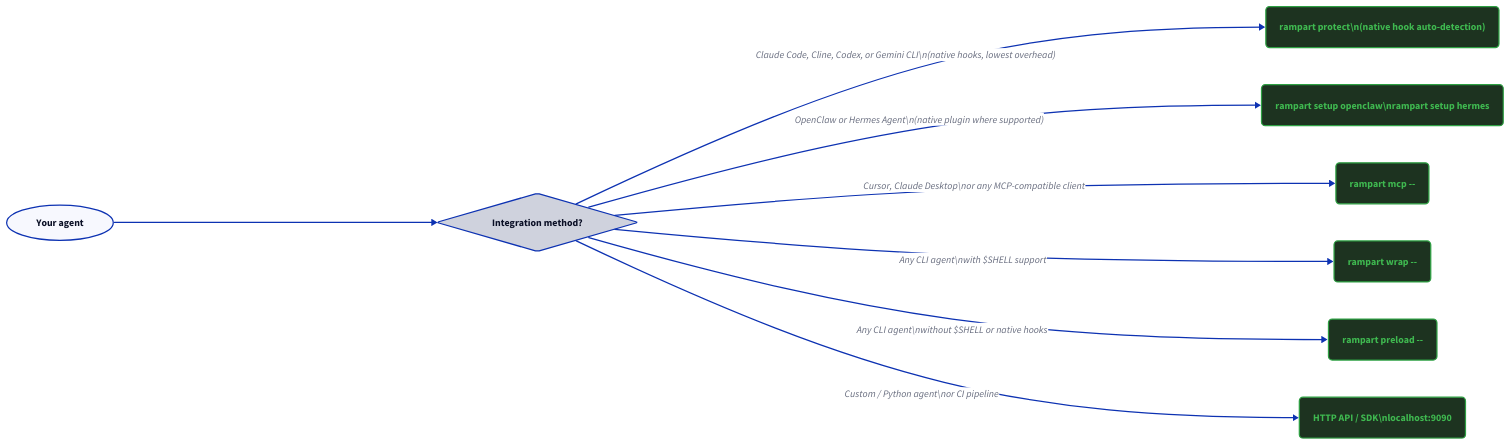
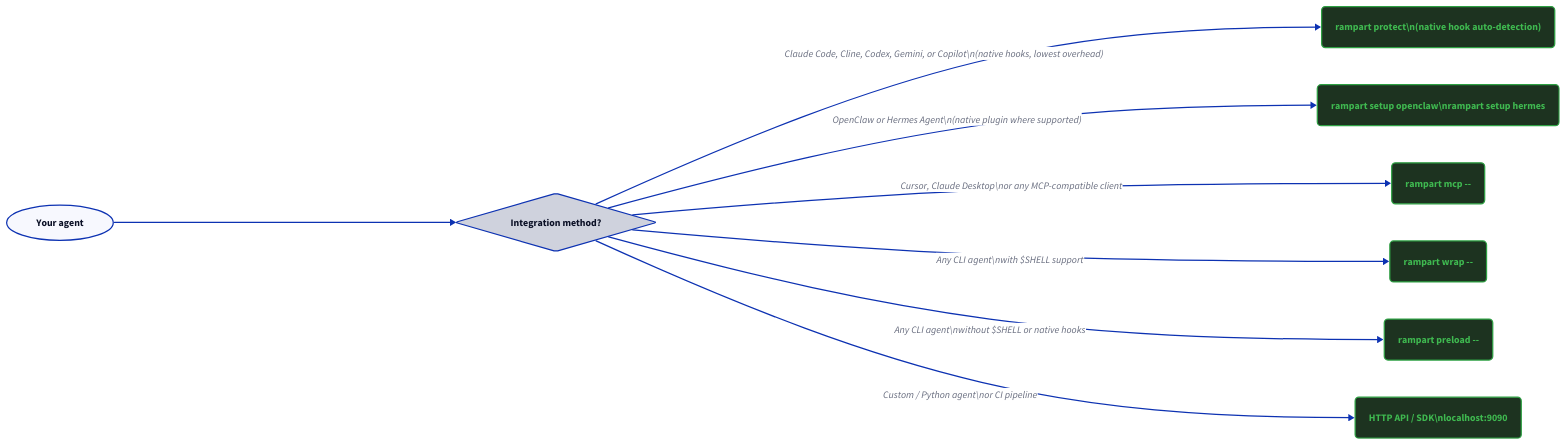
Before and after one commit to peg/rampart: the diagram in docs-site/integrations/index.md, drawn with D2. The commit also changed other lines of this file and 33 other files, not shown here.

Commit message:
feat: protect GitHub Copilot CLI and VS Code

````diff
--- a/docs-site/integrations/index.md
+++ b/docs-site/integrations/index.md
@@ -60,35 +62,35 @@
 ```d2
 direction: right
 
 start: "Your agent" {shape: oval}
 
 q: "Integration method?" {shape: diamond}
 
 hooks: "rampart protect\\n(native hook auto-detection)" {
   style.fill: "#1d3320"; style.stroke: "#2ea043"; style.font-color: "#3fb950"; style.border-radius: 6
 }
 shim: "rampart setup openclaw\\nrampart setup hermes" {
   style.fill: "#1d3320"; style.stroke: "#2ea043"; style.font-color: "#3fb950"; style.border-radius: 6
 }
 mcp: "rampart mcp --" {
   style.fill: "#1d3320"; style.stroke: "#2ea043"; style.font-color: "#3fb950"; style.border-radius: 6
 }
 wrap: "rampart wrap --" {
   style.fill: "#1d3320"; style.stroke: "#2ea043"; style.font-color: "#3fb950"; style.border-radius: 6
 }
 preload: "rampart preload --" {
   style.fill: "#1d3320"; style.stroke: "#2ea043"; style.font-color: "#3fb950"; style.border-radius: 6
 }
 api: "HTTP API / SDK\\nlocalhost:9090" {
   style.fill: "#1d3320"; style.stroke: "#2ea043"; style.font-color: "#3fb950"; style.border-radius: 6
 }
 
 start -> q
 
-q -> hooks: "Claude Code, Cline, Codex, or Gemini CLI\\n(native hooks, lowest overhead)"
+q -> hooks: "Claude Code, Cline, Codex, Gemini, or Copilot\\n(native hooks, lowest overhead)"
 q -> shim: "OpenClaw or Hermes Agent\\n(native plugin where supported)"
 q -> mcp: "Cursor, Claude Desktop\\nor any MCP-compatible client"
 q -> wrap: "Any CLI agent\\nwith \$SHELL support"
 q -> preload: "Any CLI agent\\nwithout \$SHELL or native hooks"
 q -> api: "Custom / Python agent\\nor CI pipeline"
 ```
````
